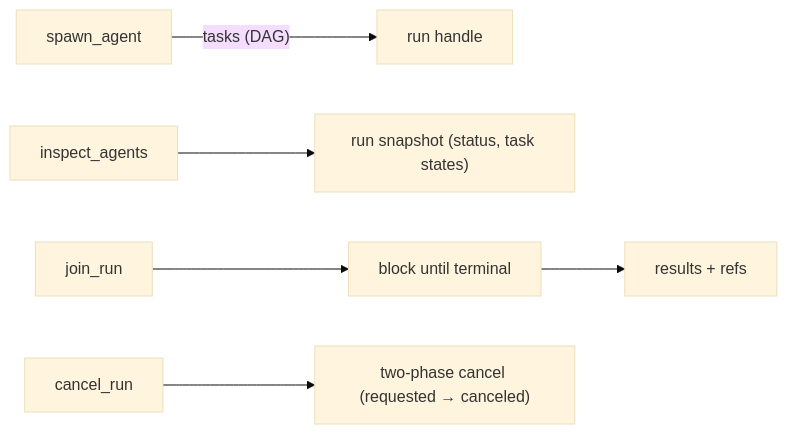
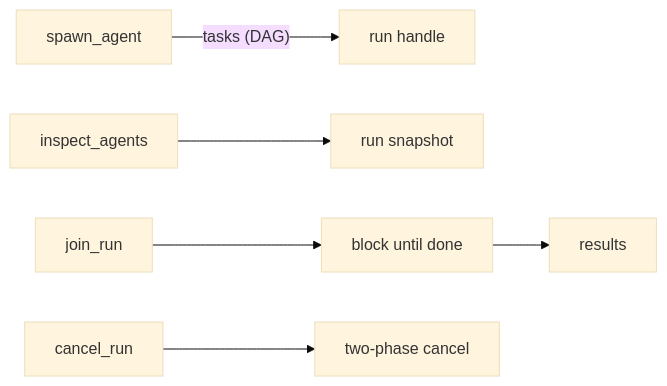
The diagram in docs/product/agent.md (MiviaLabs/mivia-agent), drawn with Mermaid (base theme) before and after one commit. The commit also changed other lines of this file and 40 other files, not shown here.

````diff
--- a/docs/product/agent.md
+++ b/docs/product/agent.md
@@ -175,8 +151,8 @@
 ```mermaid
 flowchart LR
     spawn_agent -->|"tasks (DAG)"| run_handle["run handle"]
-    inspect_agents --> run_snapshot["run snapshot (status, task states)"]
-    join_run --> block_until["block until terminal"]
-    block_until --> results["results + refs"]
-    cancel_run --> two_phase["two-phase cancel (requested → canceled)"]
+    inspect_agents --> run_snapshot["run snapshot"]
+    join_run --> block_until["block until done"]
+    block_until --> results["results"]
+    cancel_run --> two_phase["two-phase cancel"]
 ```
````
